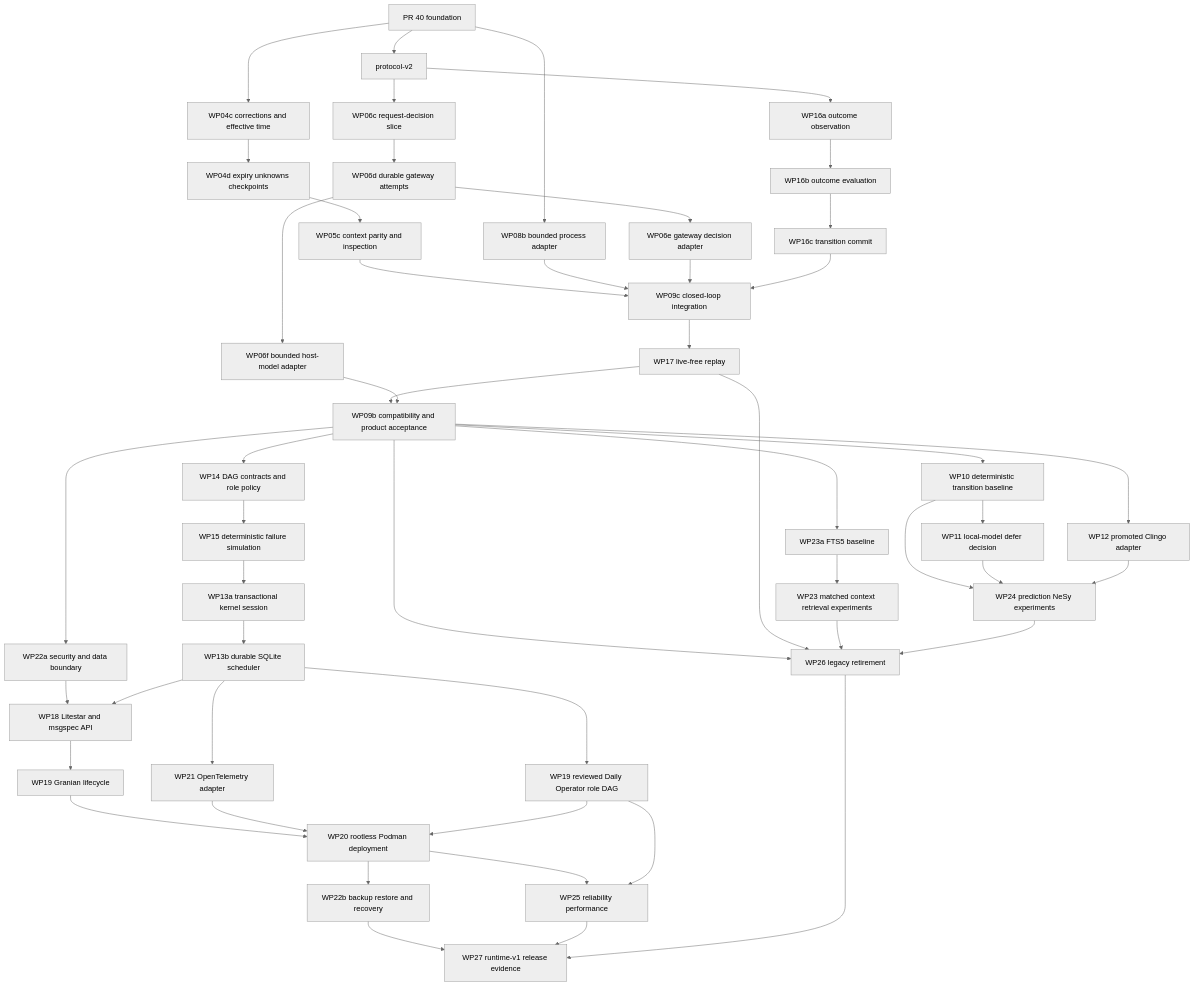
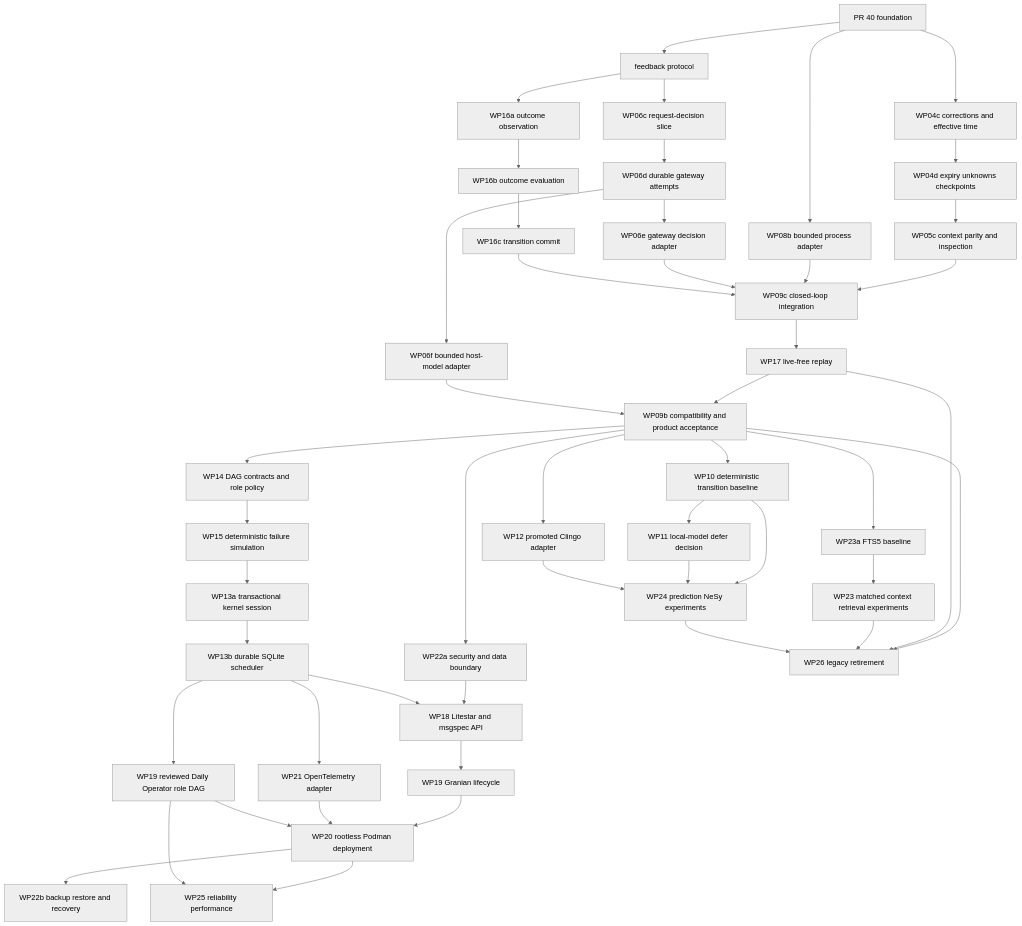
One commit to kmosoti/blackcell changed the first of 2 diagrams in docs/spec/bcp-0034-evolutionary-runtime.md. Above: the diagram before and after it, drawn with Mermaid (neutral theme). The commit also changed other lines of this file and 547 other files, not shown here.

````diff
--- a/docs/spec/bcp-0034-evolutionary-runtime.md
+++ b/docs/spec/bcp-0034-evolutionary-runtime.md
@@ -319,60 +318,57 @@
 ```mermaid
 flowchart TD
-    M[PR 40 foundation] --> P[protocol-v2]
+    M[PR 40 foundation] --> P[feedback protocol]
     M --> S04a[WP04c corrections and effective time]
     S04a --> S04b[WP04d expiry unknowns checkpoints]
     S04b --> S05[WP05c context parity and inspection]
     M --> E08[WP08b bounded process adapter]
 
     P --> G06a[WP06c request-decision slice]
     G06a --> G06b[WP06d durable gateway attempts]
     G06b --> G06c[WP06e gateway decision adapter]
     G06b --> G06d[WP06f bounded host-model adapter]
 
     P --> O16a[WP16a outcome observation]
     O16a --> O16b[WP16b outcome evaluation]
     O16b --> O16c[WP16c transition commit]
 
     S05 --> I09[WP09c closed-loop integration]
     E08 --> I09
     G06c --> I09
     O16c --> I09
     I09 --> R17[WP17 live-free replay]
     R17 --> C09[WP09b compatibility and product acceptance]
     G06d --> C09
 
     C09 --> T10[WP10 deterministic transition baseline]
     T10 --> T11[WP11 local-model defer decision]
     C09 --> N12[WP12 promoted Clingo adapter]
     C09 --> F23[WP23a FTS5 baseline]
 
     C09 --> D14[WP14 DAG contracts and role policy]
     D14 --> D15[WP15 deterministic failure simulation]
     D15 --> D13a[WP13a transactional kernel session]
     D13a --> D13b[WP13b durable SQLite scheduler]
     D13b --> D16[WP19 reviewed Daily Operator role DAG]
 
     C09 --> SEC22[WP22a security and data boundary]
     SEC22 --> A18[WP18 Litestar and msgspec API]
     D13b --> A18
     A18 --> G19[WP19 Granian lifecycle]
     D13b --> O21[WP21 OpenTelemetry adapter]
     G19 --> P20[WP20 rootless Podman deployment]
     O21 --> P20
     D16 --> P20
     P20 --> REC22[WP22b backup restore and recovery]
 
     F23 --> X23[WP23 matched context retrieval experiments]
     T10 --> X24[WP24 prediction NeSy experiments]
     T11 --> X24
     N12 --> X24
     P20 --> PERF25[WP25 reliability performance]
     D16 --> PERF25
     C09 --> RET26[WP26 legacy retirement]
     R17 --> RET26
     X23 --> RET26
     X24 --> RET26
-    REC22 --> REL27[WP27 runtime-v1 release evidence]
-    PERF25 --> REL27
-    RET26 --> REL27
 ```
````
